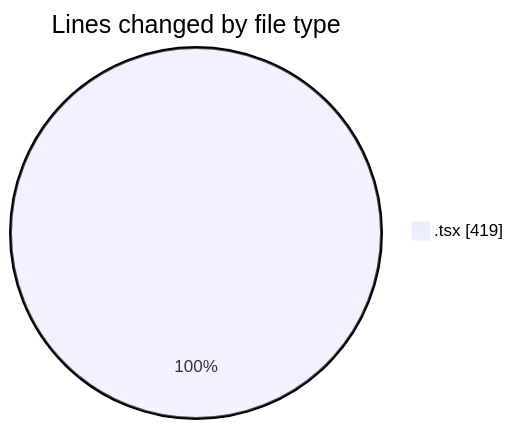
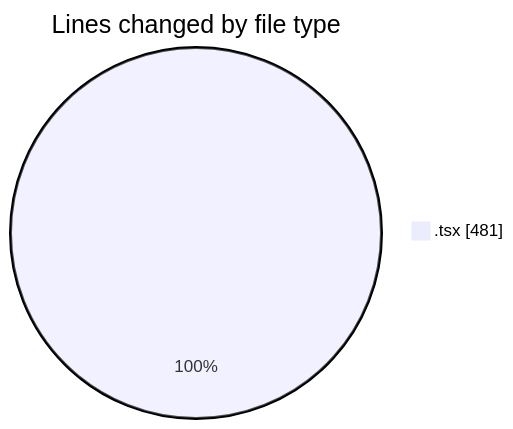
Before and after one commit to momahboobian/code-tracking: the first of 2 diagrams in 2025-11-26/cda/README.md, drawn with Mermaid. The commit also changed other lines of this file and 1 other file, not shown here.

````diff
--- a/2025-11-26/cda/README.md
+++ b/2025-11-26/cda/README.md
@@ -20,5 +20,5 @@
 ```mermaid
 pie showData
 title Lines changed by file type
-".tsx" : 419
+".tsx" : 481
 ```
````
